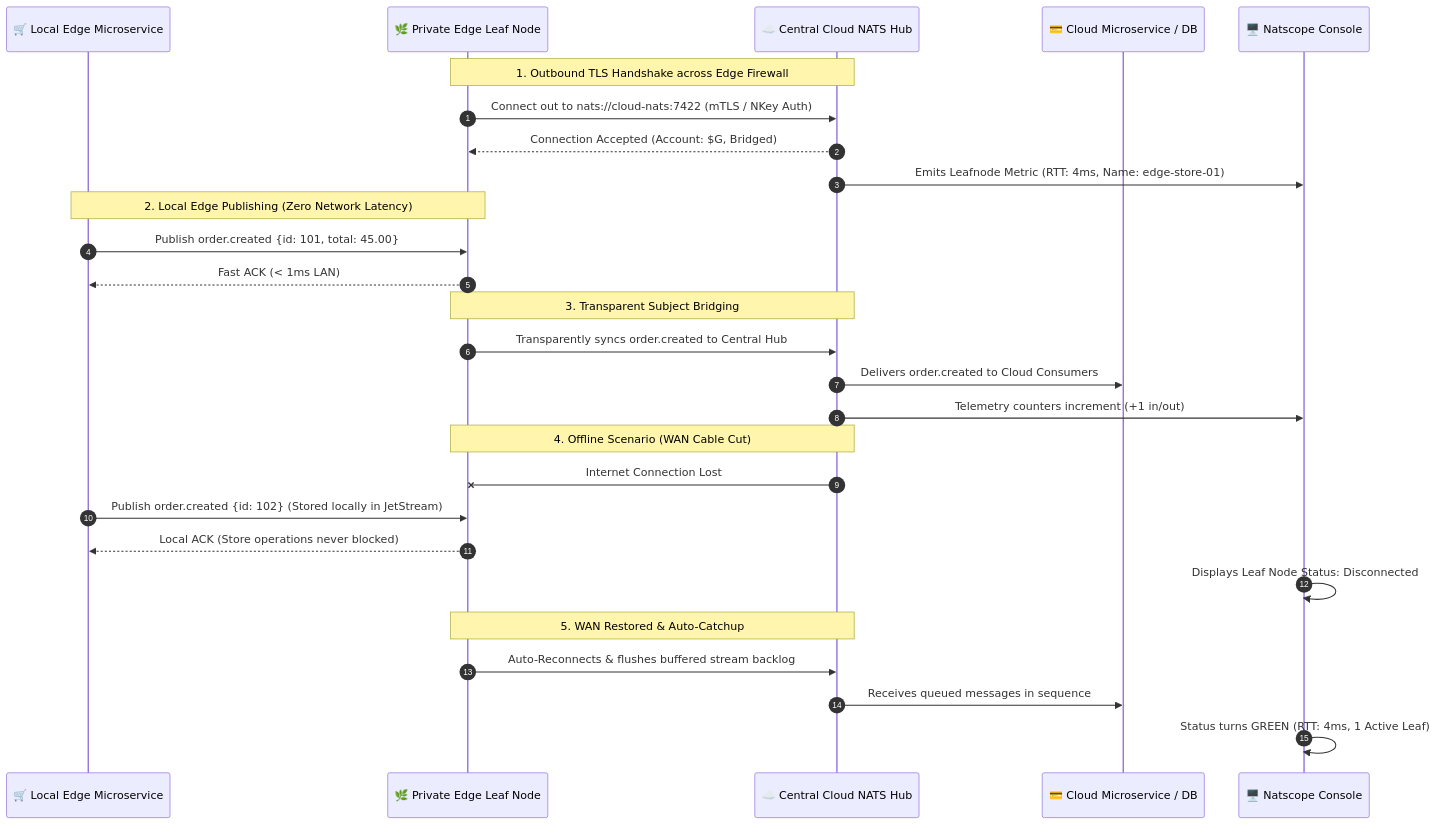
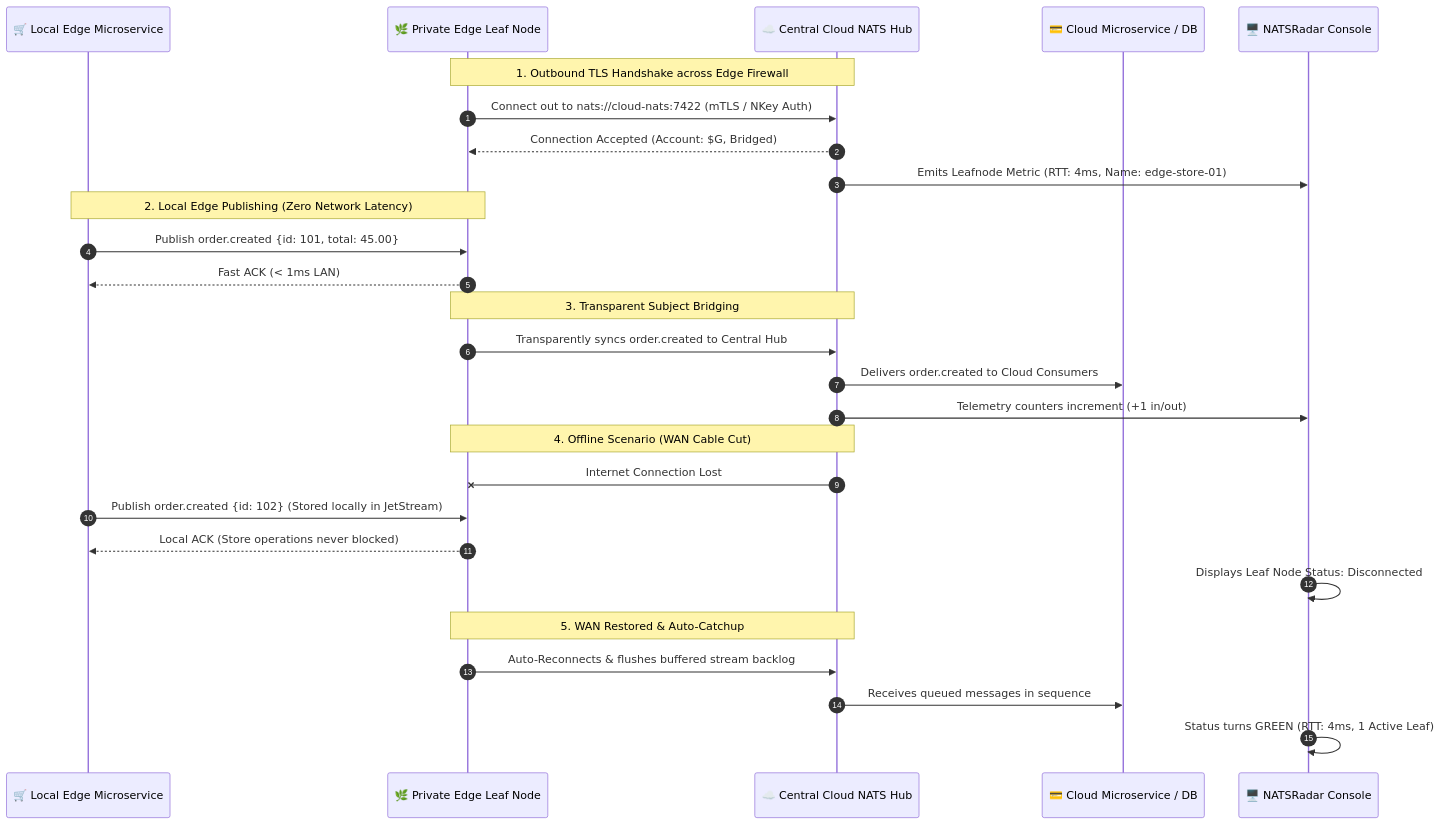
Before and after one commit to codewithnithish/NATSRadar: the second of 2 diagrams in usecase/leaf-node-cloud-edge-architecture.md, drawn with Mermaid. The commit also changed other lines of this file and 49 other files, not shown here.

````diff
--- a/usecase/leaf-node-cloud-edge-architecture.md
+++ b/usecase/leaf-node-cloud-edge-architecture.md
@@ -89,34 +89,34 @@
 ```mermaid
 sequenceDiagram
     autonumber
     participant Client as 🛒 Local Edge Microservice
     participant Leaf as 🌿 Private Edge Leaf Node
     participant Hub as ☁️ Central Cloud NATS Hub
     participant CloudApp as 💳 Cloud Microservice / DB
-    participant Natscope as 🖥️ Natscope Console
+    participant NATSRadar as 🖥️ NATSRadar Console
 
     Note over Leaf,Hub: 1. Outbound TLS Handshake across Edge Firewall
     Leaf->>Hub: Connect out to nats://cloud-nats:7422 (mTLS / NKey Auth)
     Hub-->>Leaf: Connection Accepted (Account: $G, Bridged)
-    Hub->>Natscope: Emits Leafnode Metric (RTT: 4ms, Name: edge-store-01)
+    Hub->>NATSRadar: Emits Leafnode Metric (RTT: 4ms, Name: edge-store-01)
 
     Note over Client,Leaf: 2. Local Edge Publishing (Zero Network Latency)
     Client->>Leaf: Publish order.created {id: 101, total: 45.00}
     Leaf-->>Client: Fast ACK (< 1ms LAN)
 
     Note over Leaf,Hub: 3. Transparent Subject Bridging
     Leaf->>Hub: Transparently syncs order.created to Central Hub
     Hub->>CloudApp: Delivers order.created to Cloud Consumers
-    Hub->>Natscope: Telemetry counters increment (+1 in/out)
+    Hub->>NATSRadar: Telemetry counters increment (+1 in/out)
 
     Note over Leaf,Hub: 4. Offline Scenario (WAN Cable Cut)
     Hub-xLeaf: Internet Connection Lost
     Client->>Leaf: Publish order.created {id: 102} (Stored locally in JetStream)
     Leaf-->>Client: Local ACK (Store operations never blocked)
-    Natscope->>Natscope: Displays Leaf Node Status: Disconnected
+    NATSRadar->>NATSRadar: Displays Leaf Node Status: Disconnected
 
     Note over Leaf,Hub: 5. WAN Restored & Auto-Catchup
     Leaf->>Hub: Auto-Reconnects & flushes buffered stream backlog
     Hub->>CloudApp: Receives queued messages in sequence
-    Natscope->>Natscope: Status turns GREEN (RTT: 4ms, 1 Active Leaf)
+    NATSRadar->>NATSRadar: Status turns GREEN (RTT: 4ms, 1 Active Leaf)
 ```
````
